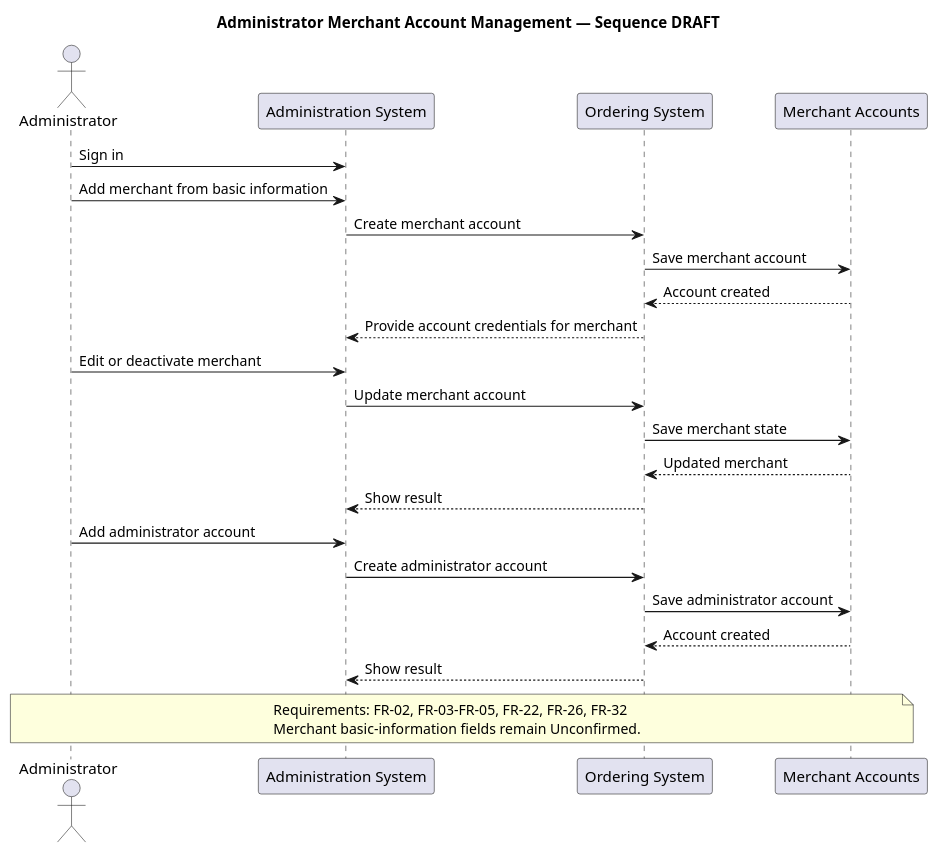
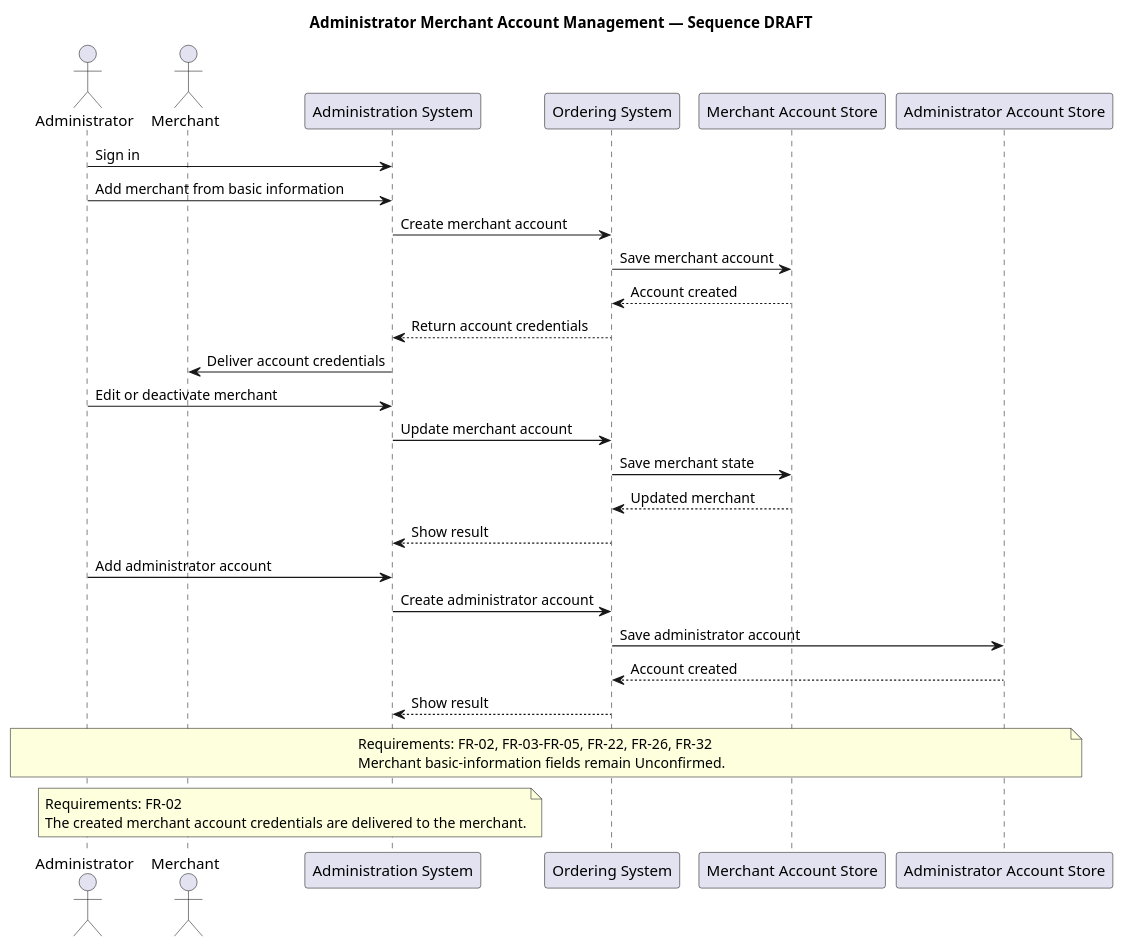
One commit to actcfx/CampusFoodOrderingSystem changed the diagram in specs/001-campus-ordering/uml/sequence-admin.puml. Above: the diagram before and after it, drawn with PlantUML. The commit also changed 9 other files, not shown here.

Commit message:
Docs: Revise UML per G4 decisions and CR-002

```diff
--- a/specs/001-campus-ordering/uml/sequence-admin.puml
+++ b/specs/001-campus-ordering/uml/sequence-admin.puml
@@ -1,31 +1,38 @@
 @startuml
 title Administrator Merchant Account Management — Sequence DRAFT
 actor Administrator
+actor Merchant
 participant "Administration System" as AdminUI
 participant "Ordering System" as System
-participant "Merchant Accounts" as Accounts
+participant "Merchant Account Store" as MerchantAccounts
+participant "Administrator Account Store" as AdministratorAccounts
 
 Administrator -> AdminUI: Sign in
 Administrator -> AdminUI: Add merchant from basic information
 AdminUI -> System: Create merchant account
-System -> Accounts: Save merchant account
-Accounts --> System: Account created
-System --> AdminUI: Provide account credentials for merchant
+System -> MerchantAccounts: Save merchant account
+MerchantAccounts --> System: Account created
+System --> AdminUI: Return account credentials
+AdminUI -> Merchant: Deliver account credentials
 
 Administrator -> AdminUI: Edit or deactivate merchant
 AdminUI -> System: Update merchant account
-System -> Accounts: Save merchant state
-Accounts --> System: Updated merchant
+System -> MerchantAccounts: Save merchant state
+MerchantAccounts --> System: Updated merchant
 System --> AdminUI: Show result
 
 Administrator -> AdminUI: Add administrator account
 AdminUI -> System: Create administrator account
-System -> Accounts: Save administrator account
-Accounts --> System: Account created
+System -> AdministratorAccounts: Save administrator account
+AdministratorAccounts --> System: Account created
 System --> AdminUI: Show result
 
-note over Administrator,Accounts
+note over Administrator,AdministratorAccounts
   Requirements: FR-02, FR-03–FR-05, FR-22, FR-26, FR-32
   Merchant basic-information fields remain Unconfirmed.
 end note
+note over AdminUI,Merchant
+  Requirements: FR-02
+  The created merchant account credentials are delivered to the merchant.
+end note
 @enduml
```
